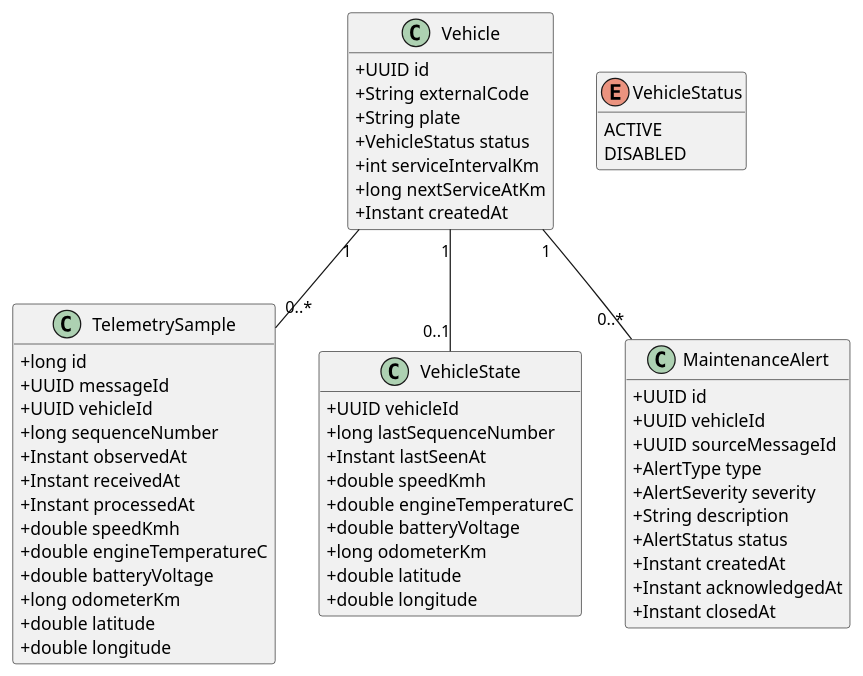
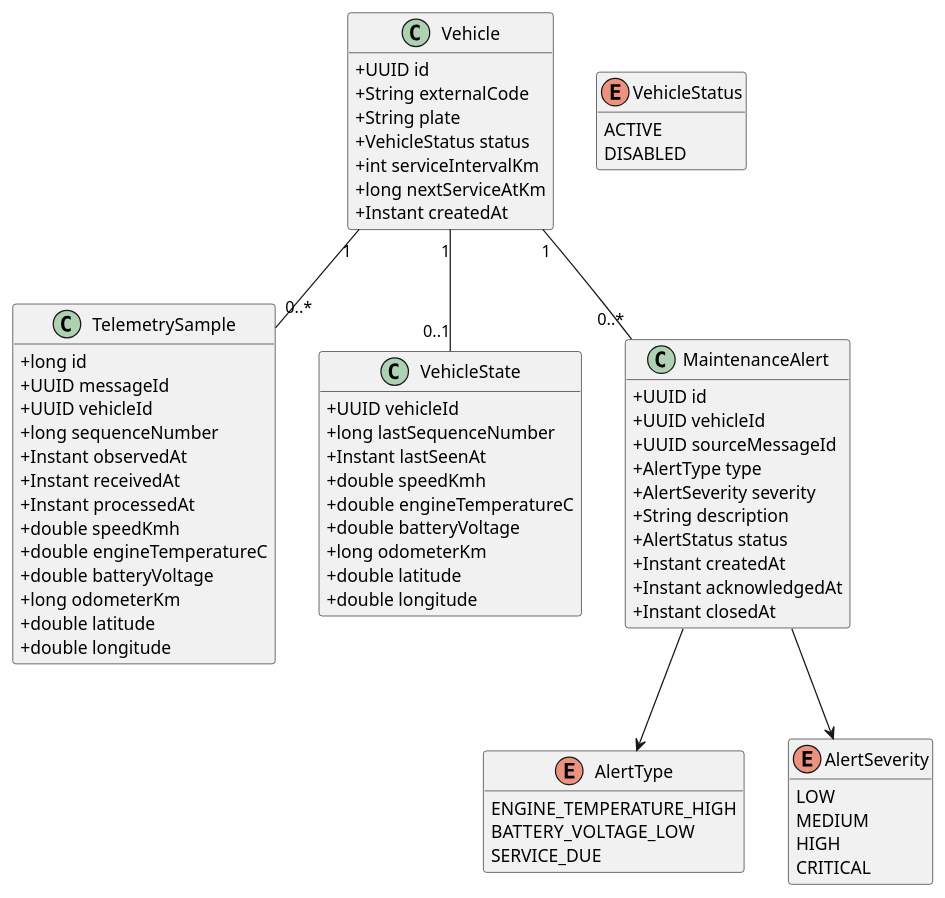
Before and after one commit to val3riot/FleetPulse: the first of 2 diagrams in docs/04_DOMAIN_MODEL.md, drawn with PlantUML. The commit also changed other lines of this file and 32 other files, not shown here.

````diff
--- a/docs/04_DOMAIN_MODEL.md
+++ b/docs/04_DOMAIN_MODEL.md
@@ -5,66 +5,81 @@
 ```plantuml
 @startuml
 hide methods
 skinparam classAttributeIconSize 0
 
 class Vehicle {
   +UUID id
   +String externalCode
   +String plate
   +VehicleStatus status
   +int serviceIntervalKm
   +long nextServiceAtKm
   +Instant createdAt
 }
 
 enum VehicleStatus {
   ACTIVE
   DISABLED
 }
 
 class TelemetrySample {
   +long id
   +UUID messageId
   +UUID vehicleId
   +long sequenceNumber
   +Instant observedAt
   +Instant receivedAt
   +Instant processedAt
   +double speedKmh
   +double engineTemperatureC
   +double batteryVoltage
   +long odometerKm
   +double latitude
   +double longitude
 }
 
 class VehicleState {
   +UUID vehicleId
   +long lastSequenceNumber
   +Instant lastSeenAt
   +double speedKmh
   +double engineTemperatureC
   +double batteryVoltage
   +long odometerKm
   +double latitude
   +double longitude
 }
 
 class MaintenanceAlert {
   +UUID id
   +UUID vehicleId
   +UUID sourceMessageId
   +AlertType type
   +AlertSeverity severity
   +String description
   +AlertStatus status
   +Instant createdAt
   +Instant acknowledgedAt
   +Instant closedAt
 }
 
+enum AlertType {
+  ENGINE_TEMPERATURE_HIGH
+  BATTERY_VOLTAGE_LOW
+  SERVICE_DUE
+}
+
+enum AlertSeverity {
+  LOW
+  MEDIUM
+  HIGH
+  CRITICAL
+}
+
 Vehicle "1" -- "0..*" TelemetrySample
 Vehicle "1" -- "0..1" VehicleState
 Vehicle "1" -- "0..*" MaintenanceAlert
+MaintenanceAlert --> AlertType
+MaintenanceAlert --> AlertSeverity
 @enduml
 ```
````
